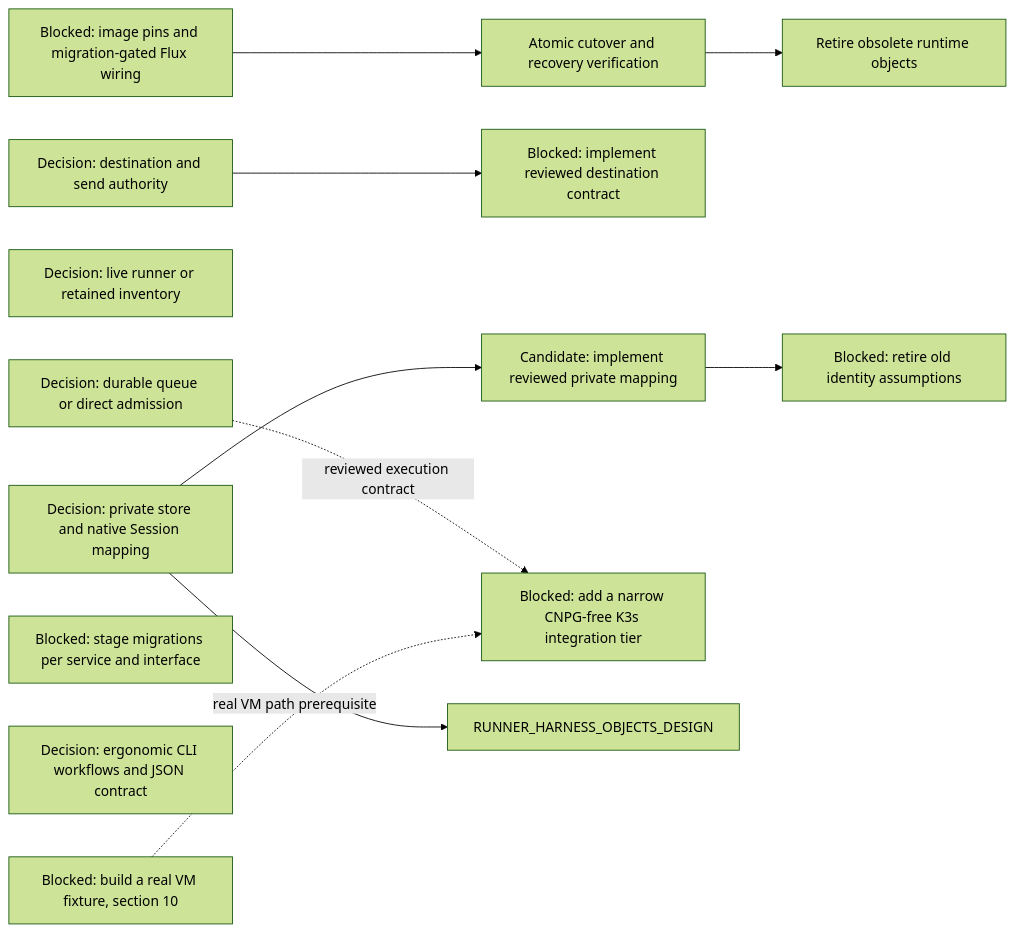
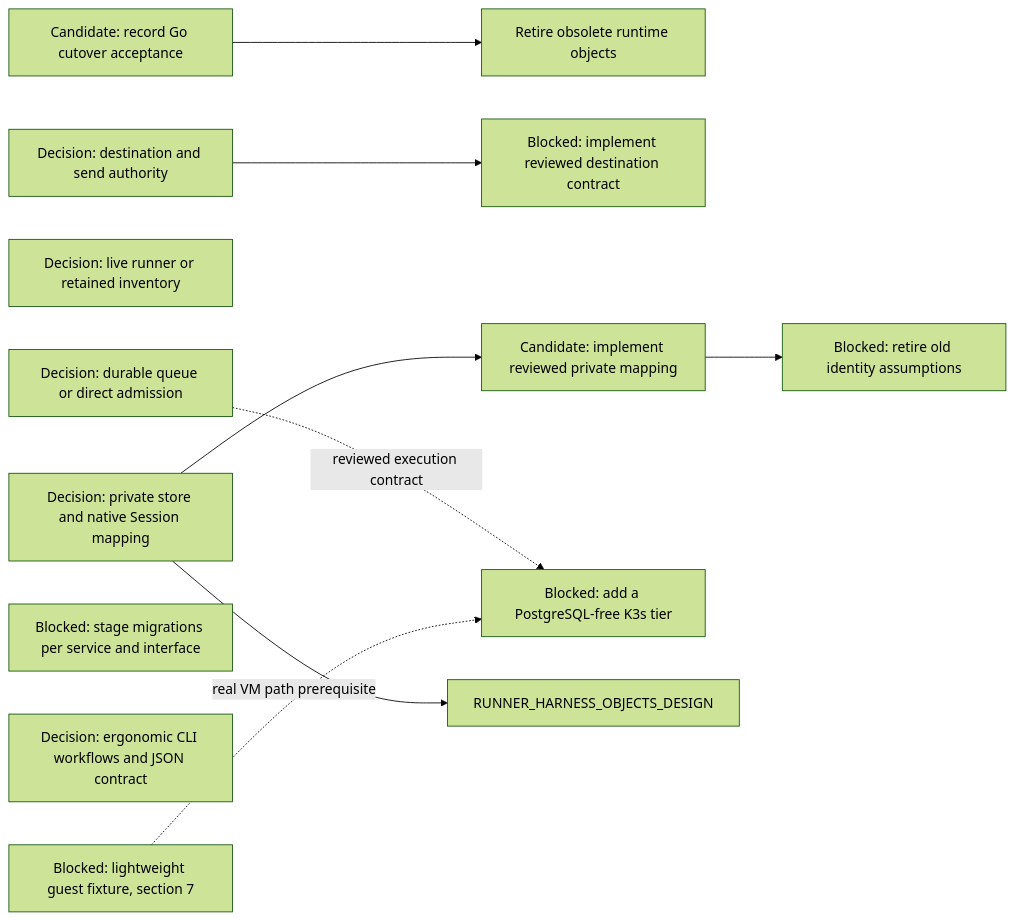
Diagram 16 of 16 in agentplane/plans/task_dag.md (agentydragon-agent/ducktape), drawn with Mermaid (forest theme) before and after one commit. The commit also changed other lines of this file and 18 other files, not shown here.

````diff
--- a/agentplane/plans/task_dag.md
+++ b/agentplane/plans/task_dag.md
@@ -1443,25 +1477,23 @@
 ```mermaid
 flowchart LR
     DISPATCHER_PERSISTENCE_MODEL_DESIGN[Decision: durable queue or direct admission]
-    GATEWAY_GO_ROLLOUT_CONFIG[Blocked: image pins and migration-gated Flux wiring]
-    DELIVERY_UNIFIED_CUTOVER[Atomic cutover and recovery verification]
+    DELIVERY_UNIFIED_CUTOVER[Candidate: record Go cutover acceptance]
     DELIVERY_OLD_RUNTIME_RETIRE[Retire obsolete runtime objects]
     RUNNER_INVENTORY_AUTHORITY_DESIGN[Decision: live runner or retained inventory]
     DELIVERY_DESTINATION_AUTHORITY_DESIGN[Decision: destination and send authority]
     DELIVERY_DESTINATION_CONTRACT[Blocked: implement reviewed destination contract]
     HARNESS_IDENTITY_DESIGN[Decision: private store and native Session mapping]
     RUNNER_STORE_SESSION_IDENTITY[Candidate: implement reviewed private mapping]
     RUNNER_IDENTITY_LEGACY_CLEANUP[Blocked: retire old identity assumptions]
     SERVICE_API_TRANSPORT_MIGRATIONS[Blocked: stage migrations per service and interface]
     AGENT_API_TOOLING_DESIGN[Decision: ergonomic CLI workflows and JSON contract]
-    CNPG_FREE_K3S_INTEGRATION_TIER[Blocked: add a narrow CNPG-free K3s integration tier]
-    K3S_VM_IMAGE[Blocked: build a real VM fixture, section 10]
-    GATEWAY_GO_ROLLOUT_CONFIG --> DELIVERY_UNIFIED_CUTOVER
+    CNPG_FREE_K3S_INTEGRATION_TIER[Blocked: add a PostgreSQL-free K3s tier]
+    K3S_VM_IMAGE[Blocked: lightweight guest fixture, section 7]
     DELIVERY_UNIFIED_CUTOVER --> DELIVERY_OLD_RUNTIME_RETIRE
     DELIVERY_DESTINATION_AUTHORITY_DESIGN --> DELIVERY_DESTINATION_CONTRACT
     RUNNER_STORE_SESSION_IDENTITY --> RUNNER_IDENTITY_LEGACY_CLEANUP
     HARNESS_IDENTITY_DESIGN --> RUNNER_STORE_SESSION_IDENTITY
     HARNESS_IDENTITY_DESIGN --> RUNNER_HARNESS_OBJECTS_DESIGN
     DISPATCHER_PERSISTENCE_MODEL_DESIGN -. reviewed execution contract .-> CNPG_FREE_K3S_INTEGRATION_TIER
     K3S_VM_IMAGE -. real VM path prerequisite .-> CNPG_FREE_K3S_INTEGRATION_TIER
 ```
````
